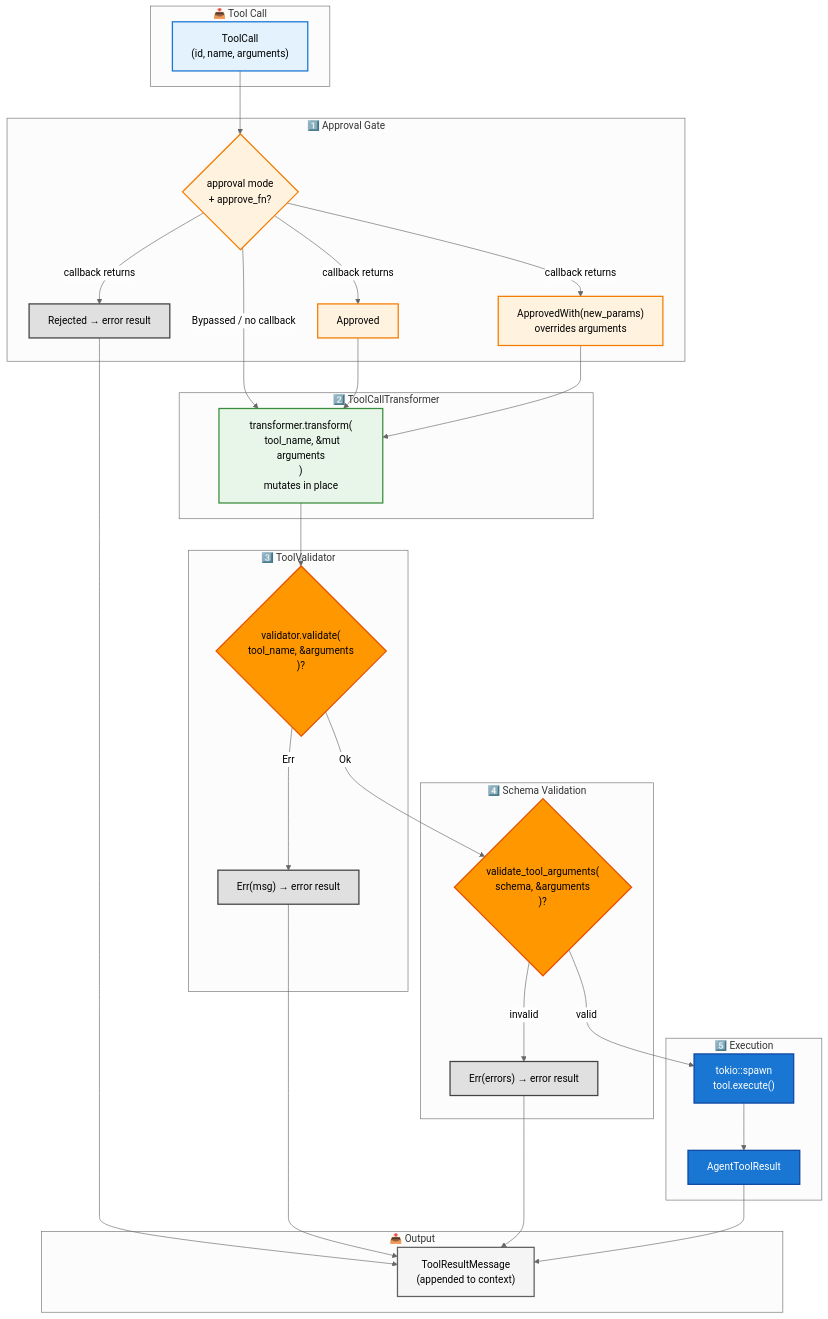
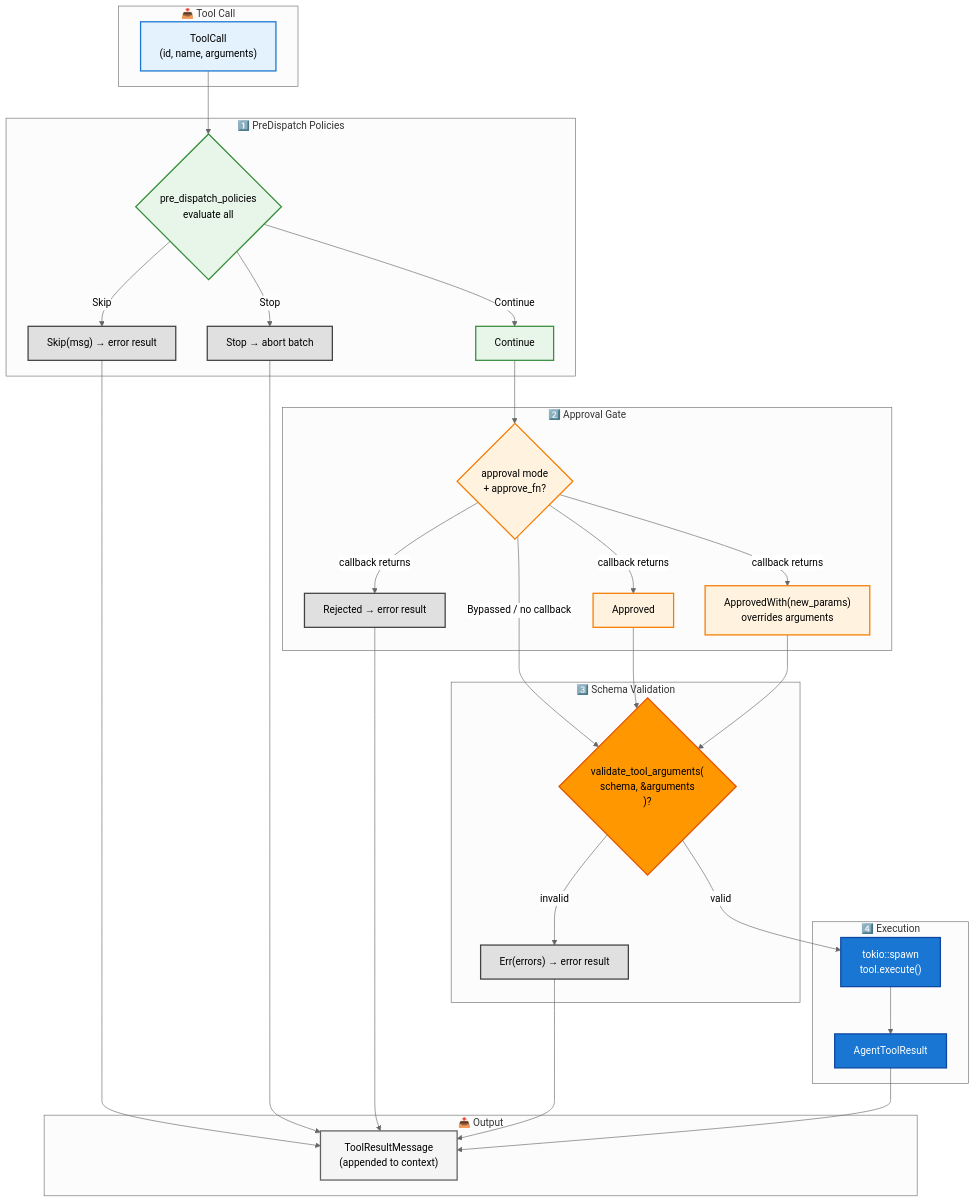
The fifth of 6 diagrams in docs/architecture/tool-system/README.md (SuperSwinkAI/Swink-Agent), drawn with Mermaid (neutral theme) before and after one commit. The commit also changed other lines of this file and 4 other files, not shown here.

First line of the commit message:
docs: update architecture docs and tracker for policy-slots and eval completion

````diff
--- a/docs/architecture/tool-system/README.md
+++ b/docs/architecture/tool-system/README.md
@@ -606,73 +553,73 @@
 ```mermaid
 flowchart TB
     subgraph Input["📥 Tool Call"]
         TC["ToolCall<br/>(id, name, arguments)"]
     end
 
-    subgraph Stage1["1️⃣ Approval Gate"]
+    subgraph Stage1["1️⃣ PreDispatch Policies"]
+        PolicyCheck{"pre_dispatch_policies<br/>evaluate all"}
+        PolicyContinue["Continue"]
+        PolicySkip["Skip(msg) → error result"]
+        PolicyStop["Stop → abort batch"]
+    end
+
+    subgraph Stage2["2️⃣ Approval Gate"]
         ApprovalCheck{"approval mode<br/>+ approve_fn?"}
         Approved["Approved"]
         ApprovedWith["ApprovedWith(new_params)<br/>overrides arguments"]
         Rejected["Rejected → error result"]
     end
 
-    subgraph Stage2["2️⃣ ToolCallTransformer"]
-        Transform["transformer.transform(<br/>  tool_name, &mut arguments<br/>)<br/>mutates in place"]
-    end
-
-    subgraph Stage3["3️⃣ ToolValidator"]
-        CustomValidate{"validator.validate(<br/>  tool_name, &arguments<br/>)?"}
-        ValidatorErr["Err(msg) → error result"]
-    end
-
-    subgraph Stage4["4️⃣ Schema Validation"]
+    subgraph Stage3["3️⃣ Schema Validation"]
         SchemaCheck{"validate_tool_arguments(<br/>  schema, &arguments<br/>)?"}
         SchemaErr["Err(errors) → error result"]
     end
 
-    subgraph Stage5["5️⃣ Execution"]
+    subgraph Stage4["4️⃣ Execution"]
         Spawn["tokio::spawn<br/>tool.execute()"]
         Result["AgentToolResult"]
     end
 
     subgraph Output["📤 Output"]
         TRM["ToolResultMessage<br/>(appended to context)"]
     end
 
-    TC --> ApprovalCheck
-    ApprovalCheck -->|"Bypassed / no callback"| Transform
+    TC --> PolicyCheck
+    PolicyCheck -->|"Continue"| PolicyContinue
+    PolicyCheck -->|"Skip"| PolicySkip
+    PolicyCheck -->|"Stop"| PolicyStop
+    PolicyContinue --> ApprovalCheck
+    PolicySkip --> TRM
+    PolicyStop --> TRM
+
+    ApprovalCheck -->|"Bypassed / no callback"| SchemaCheck
     ApprovalCheck -->|"callback returns"| Approved
     ApprovalCheck -->|"callback returns"| ApprovedWith
     ApprovalCheck -->|"callback returns"| Rejected
-    Approved --> Transform
-    ApprovedWith --> Transform
+    Approved --> SchemaCheck
+    ApprovedWith --> SchemaCheck
     Rejected --> TRM
-
-    Transform --> CustomValidate
-    CustomValidate -->|"Ok"| SchemaCheck
-    CustomValidate -->|"Err"| ValidatorErr
-    ValidatorErr --> TRM
 
     SchemaCheck -->|"valid"| Spawn
     SchemaCheck -->|"invalid"| SchemaErr
     SchemaErr --> TRM
 
     Spawn --> Result
     Result --> TRM
 
     classDef inputStyle fill:#e3f2fd,stroke:#1976d2,stroke-width:2px,color:#000
+    classDef policyStyle fill:#e8f5e9,stroke:#388e3c,stroke-width:2px,color:#000
     classDef approvalStyle fill:#fff3e0,stroke:#f57c00,stroke-width:2px,color:#000
-    classDef transformStyle fill:#e8f5e9,stroke:#388e3c,stroke-width:2px,color:#000
     classDef validStyle fill:#ff9800,stroke:#e65100,stroke-width:2px,color:#000
     classDef errorStyle fill:#e0e0e0,stroke:#424242,stroke-width:2px,color:#000
     classDef execStyle fill:#1976d2,stroke:#0d47a1,stroke-width:2px,color:#fff
     classDef outputStyle fill:#f5f5f5,stroke:#616161,stroke-width:2px,color:#000
 
     class TC inputStyle
+    class PolicyCheck,PolicyContinue policyStyle
+    class PolicySkip,PolicyStop,Rejected,SchemaErr errorStyle
     class ApprovalCheck,Approved,ApprovedWith approvalStyle
-    class Rejected,ValidatorErr,SchemaErr errorStyle
-    class Transform transformStyle
-    class CustomValidate,SchemaCheck validStyle
+    class SchemaCheck validStyle
     class Spawn,Result execStyle
     class TRM outputStyle
 ```
````
